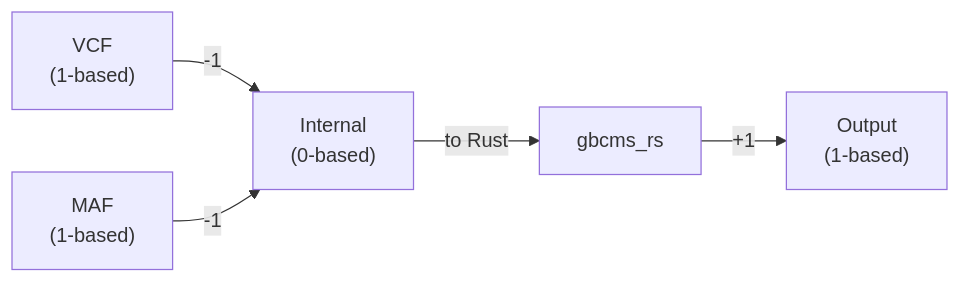
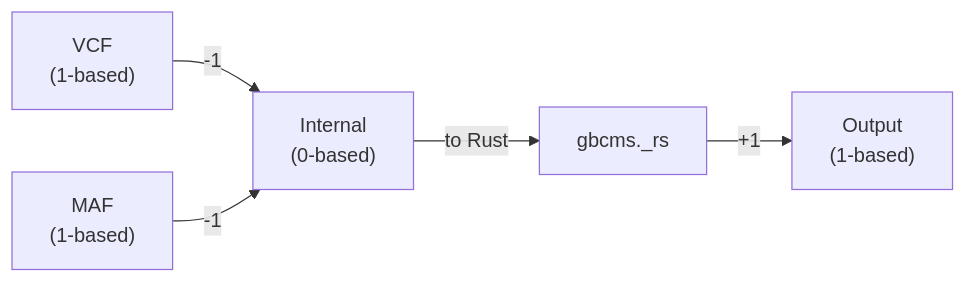
One commit to msk-access/py-gbcms changed the third of 4 diagrams in docs/ARCHITECTURE.md. Above: the diagram before and after it, drawn with Mermaid. The commit also changed other lines of this file and 1 other file, not shown here.

First line of the commit message:
docs: update references from gbcms_rs to gbcms._rs

````diff
--- a/docs/ARCHITECTURE.md
+++ b/docs/ARCHITECTURE.md
@@ -98,7 +98,7 @@
 ```mermaid
 flowchart LR
     VCF["VCF<br>(1-based)"] -->|"-1"| Internal["Internal<br>(0-based)"]
     MAF["MAF<br>(1-based)"] -->|"-1"| Internal
-    Internal -->|"to Rust"| Rust["gbcms_rs"]
+    Internal -->|"to Rust"| Rust["gbcms._rs"]
     Rust -->|"+1"| Output["Output<br>(1-based)"]
 ```
````
